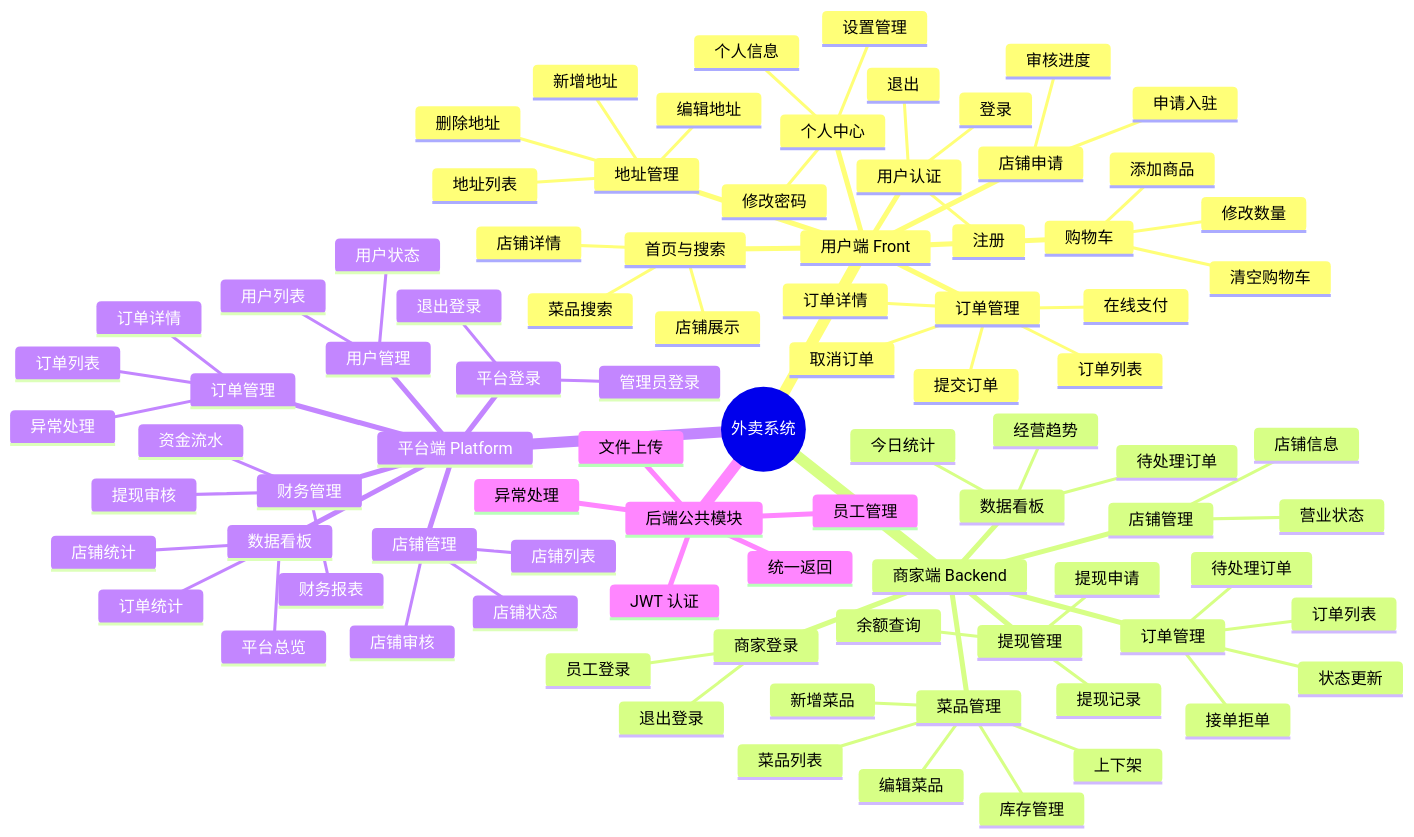
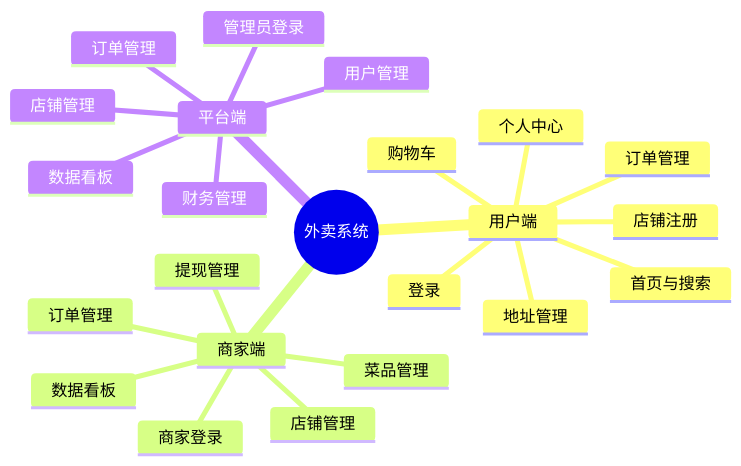
Before and after one commit to crab782/-: the diagram in README.md, drawn with Mermaid.

````diff
--- a/README.md
+++ b/README.md
@@ -5,93 +5,29 @@
 mindmap
   root((外卖系统))
     
-    用户端 Front
-      用户认证
-        登录
-        注册
-        退出
+    用户端
+       登录
       首页与搜索
-        店铺展示
-        菜品搜索
-        店铺详情
       购物车
-        添加商品
-        修改数量
-        清空购物车
       订单管理
-        提交订单
-        订单列表
-        订单详情
-        在线支付
-        取消订单
       地址管理
-        地址列表
-        新增地址
-        编辑地址
-        删除地址
       个人中心
-        个人信息
-        修改密码
-        设置管理
-      店铺申请
-        申请入驻
-        审核进度
+      店铺注册
     
-    商家端 Backend
+    商家端
       商家登录
-        员工登录
-        退出登录
       数据看板
-        待处理订单
-        今日统计
-        经营趋势
       菜品管理
-        菜品列表
-        新增菜品
-        编辑菜品
-        上下架
-        库存管理
       订单管理
-        订单列表
-        待处理订单
-        接单拒单
-        状态更新
       店铺管理
-        店铺信息
-        营业状态
       提现管理
-        余额查询
-        提现申请
-        提现记录
     
-    平台端 Platform
-      平台登录
-        管理员登录
-        退出登录
+    平台端
+      管理员登录
       数据看板
-        平台总览
-        店铺统计
-        订单统计
       店铺管理
-        店铺列表
-        店铺审核
-        店铺状态
       订单管理
-        订单列表
-        订单详情
-        异常处理
       用户管理
-        用户列表
-        用户状态
       财务管理
-        资金流水
-        提现审核
-        财务报表
-    
-    后端公共模块
-      员工管理
-      文件上传
-      JWT 认证
-      异常处理
-      统一返回
+
 ```
````
